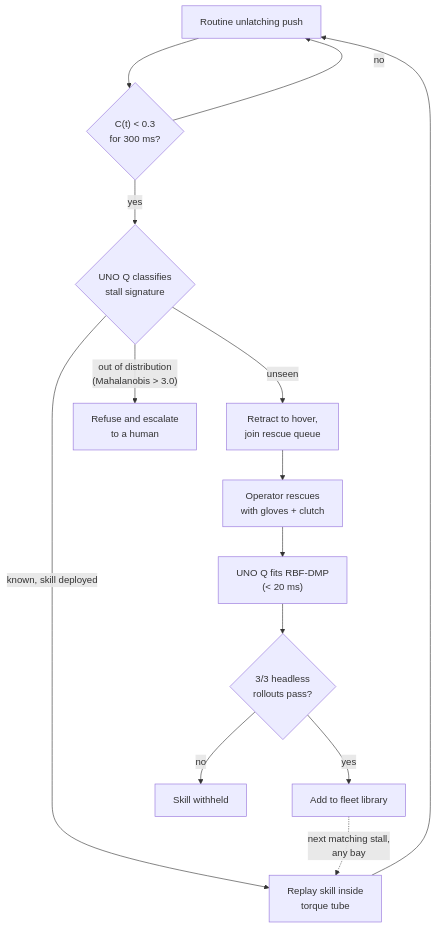
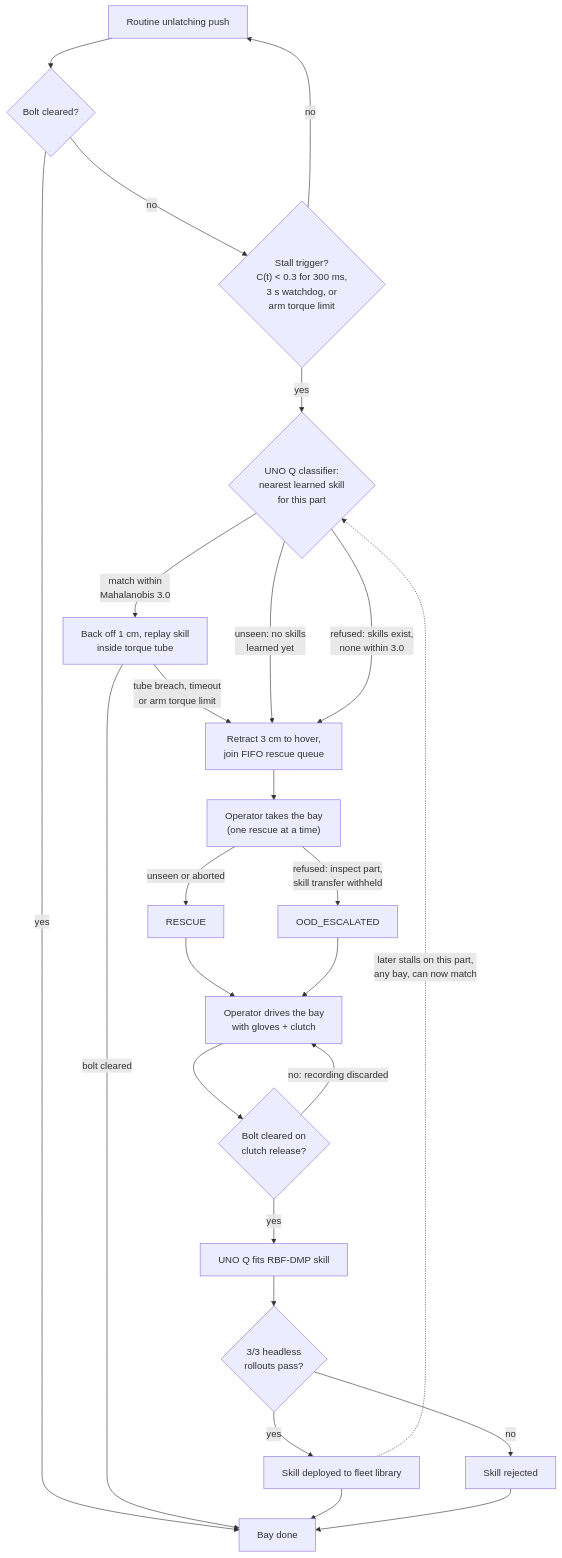
Before and after one commit to Mr-Moody/Dex-ET2: the third of 3 diagrams in README.md, drawn with Mermaid. The commit also changed other lines of this file, not shown here.

Commit message:
docs(readme): redraw stall flow to match coordinator branches

````diff
--- a/README.md
+++ b/README.md
@@ -65,16 +67,30 @@
 ```mermaid
 flowchart TD
-    RUN["Routine unlatching push"] --> STALL{"C(t) &lt; 0.3<br/>for 300 ms?"}
+    RUN["Routine unlatching push"] --> CLEAR{"Bolt cleared?"}
+    CLEAR -->|yes| DONE["Bay done"]
+    CLEAR -->|no| STALL{"Stall trigger?<br/>C(t) &lt; 0.3 for 300 ms,<br/>3 s watchdog, or<br/>arm torque limit"}
     STALL -->|no| RUN
-    STALL -->|yes| CLS{"UNO Q classifies<br/>stall signature"}
-    CLS -->|"known, skill deployed"| AUTO["Replay skill inside<br/>torque tube"]
-    CLS -->|"unseen"| QUEUE["Retract to hover,<br/>join rescue queue"]
-    CLS -->|"out of distribution<br/>(Mahalanobis &gt; 3.0)"| REFUSE["Refuse and escalate<br/>to a human"]
-    QUEUE --> RESCUE["Operator rescues<br/>with gloves + clutch"]
-    RESCUE --> FIT["UNO Q fits RBF-DMP<br/>(&lt; 20 ms)"]
+    STALL -->|yes| CLS{"UNO Q classifier:<br/>nearest learned skill<br/>for this part"}
+
+    CLS -->|"match within<br/>Mahalanobis 3.0"| AUTO["Back off 1 cm, replay skill<br/>inside torque tube"]
+    AUTO -->|"bolt cleared"| DONE
+    AUTO -->|"tube breach, timeout<br/>or arm torque limit"| QUEUE
+
+    CLS -->|"unseen: no skills<br/>learned yet"| QUEUE["Retract 3 cm to hover,<br/>join FIFO rescue queue"]
+    CLS -->|"refused: skills exist,<br/>none within 3.0"| QUEUE
+
+    QUEUE --> SLOT["Operator takes the bay<br/>(one rescue at a time)"]
+    SLOT -->|"unseen or aborted"| RESCUE["RESCUE"]
+    SLOT -->|"refused: inspect part,<br/>skill transfer withheld"| ESC["OOD_ESCALATED"]
+    RESCUE --> CLUTCH["Operator drives the bay<br/>with gloves + clutch"]
+    ESC --> CLUTCH
+    CLUTCH --> CLEARED{"Bolt cleared on<br/>clutch release?"}
+    CLEARED -->|"no: recording discarded"| CLUTCH
+    CLEARED -->|yes| FIT["UNO Q fits RBF-DMP skill"]
     FIT --> VAL{"3/3 headless<br/>rollouts pass?"}
-    VAL -->|yes| LIB["Add to fleet library"]
-    VAL -->|no| WITHHOLD["Skill withheld"]
-    LIB -.->|"next matching stall,<br/>any bay"| AUTO
-    AUTO --> RUN
+    VAL -->|yes| LIB["Skill deployed to fleet library"]
+    VAL -->|no| REJ["Skill rejected"]
+    LIB --> DONE
+    REJ --> DONE
+    LIB -.->|"later stalls on this part,<br/>any bay, can now match"| CLS
 ```
````
